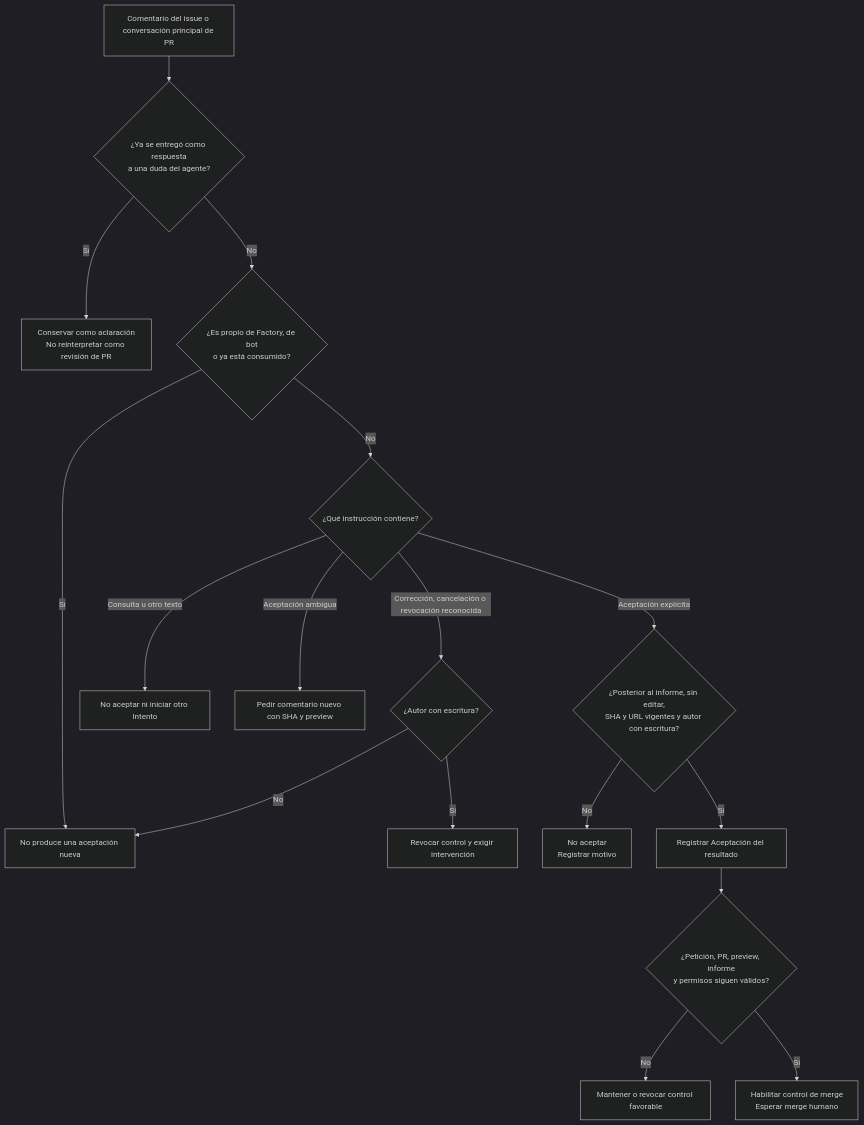
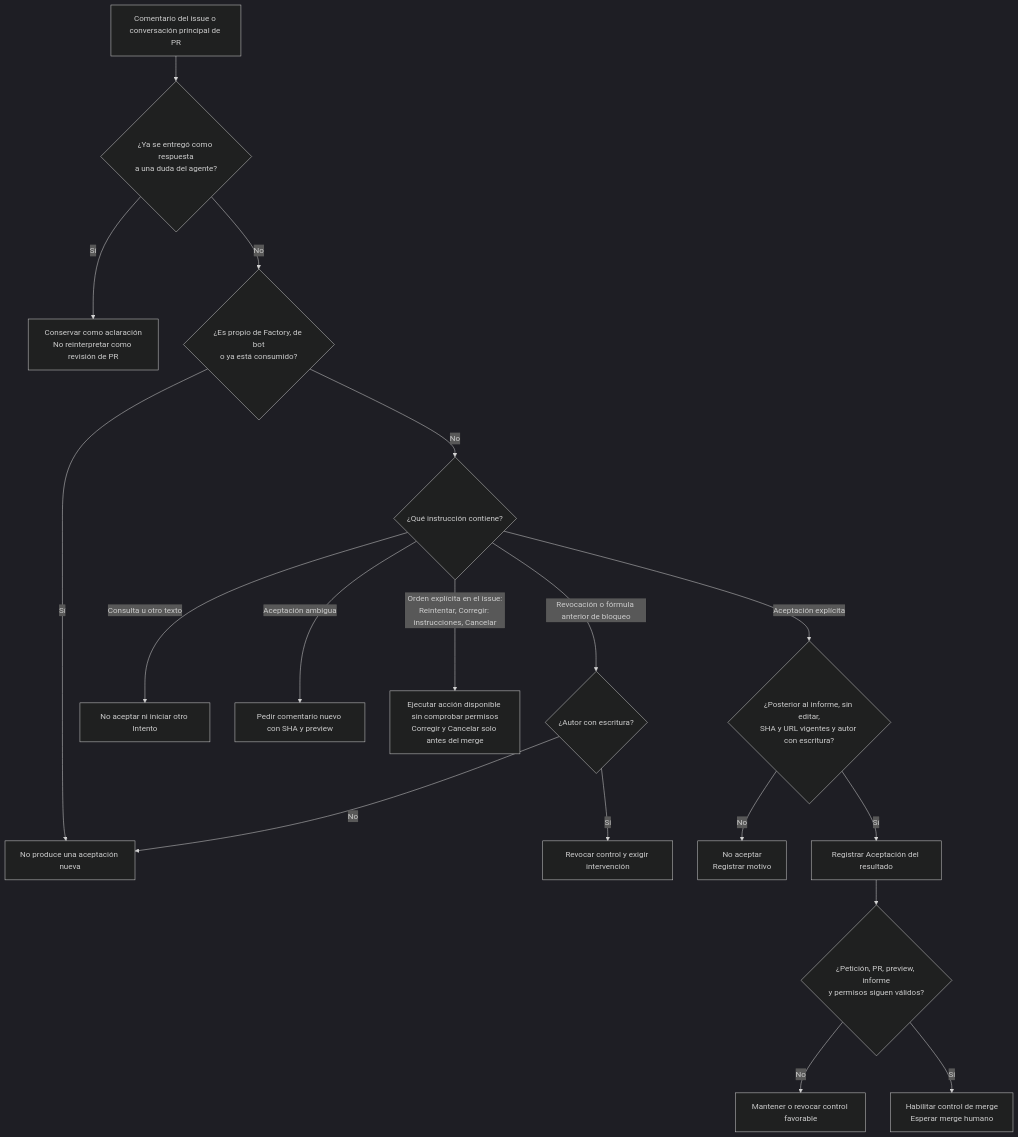
The third of 4 diagrams in docs/manual/03-verificacion-y-aceptacion.md (rubenbp/app-foundry), drawn with Mermaid (dark theme) before and after one commit. The commit also changed other lines of this file and 9 other files, not shown here.

````diff
--- a/docs/manual/03-verificacion-y-aceptacion.md
+++ b/docs/manual/03-verificacion-y-aceptacion.md
@@ -77,19 +77,20 @@
 ```mermaid
 flowchart TD
     C["Comentario del issue o conversación principal de PR"] --> D{"¿Ya se entregó como respuesta<br/>a una duda del agente?"}
     D -->|"Sí"| S["Conservar como aclaración<br/>No reinterpretar como revisión de PR"]
     D -->|"No"| O{"¿Es propio de Factory, de bot<br/>o ya está consumido?"}
     O -->|"Sí"| I["No produce una aceptación nueva"]
     O -->|"No"| K{"¿Qué instrucción contiene?"}
     K -->|"Consulta u otro texto"| Q["No aceptar ni iniciar otro Intento"]
     K -->|"Aceptación ambigua"| L["Pedir comentario nuevo con SHA y preview"]
-    K -->|"Corrección, cancelación o revocación reconocida"| P{"¿Autor con escritura?"}
+    K -->|"Orden explícita en el issue:<br/>Reintentar, Corregir: instrucciones, Cancelar"| RC["Ejecutar acción disponible sin comprobar permisos<br/>Corregir y Cancelar solo antes del merge"]
+    K -->|"Revocación o fórmula anterior de bloqueo"| P{"¿Autor con escritura?"}
     P -->|"No"| I
     P -->|"Sí"| X["Revocar control y exigir intervención"]
     K -->|"Aceptación explícita"| V{"¿Posterior al informe, sin editar,<br/>SHA y URL vigentes y autor con escritura?"}
     V -->|"No"| N["No aceptar<br/>Registrar motivo"]
     V -->|"Sí"| A["Registrar Aceptación del resultado"]
     A --> R{"¿Petición, PR, preview, informe<br/>y permisos siguen válidos?"}
     R -->|"No"| B["Mantener o revocar control favorable"]
     R -->|"Sí"| M["Habilitar control de merge<br/>Esperar merge humano"]
 ```
````
